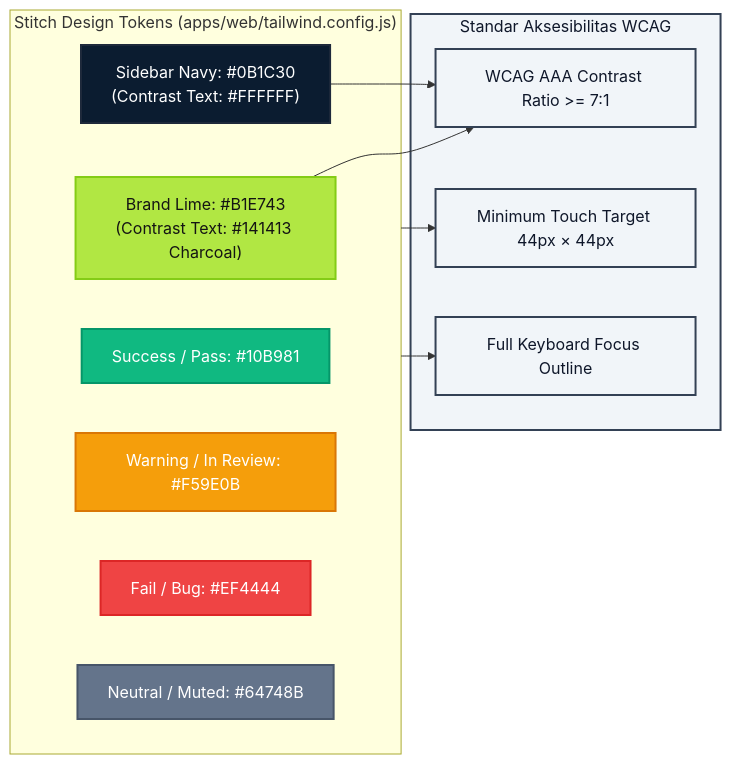
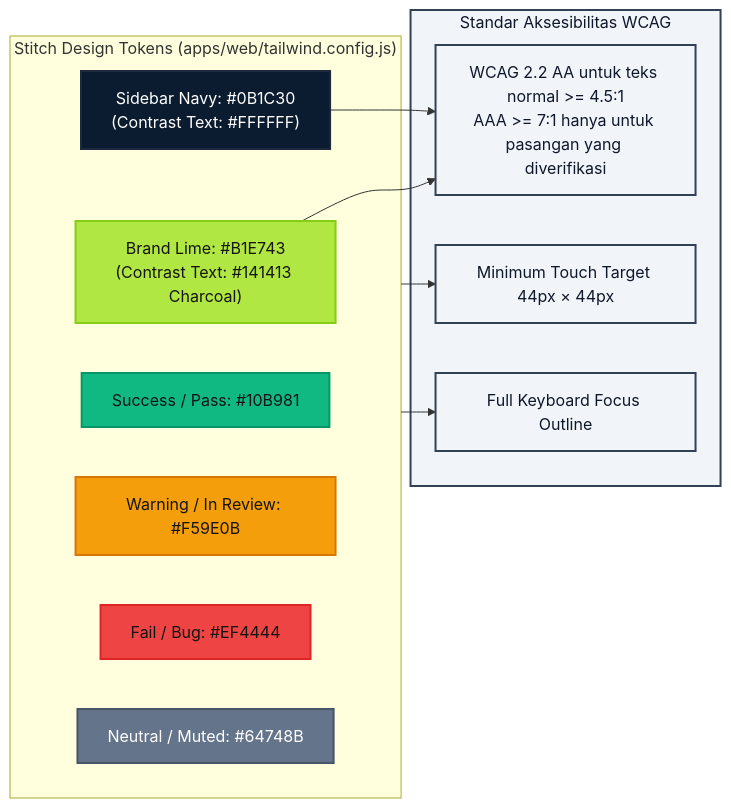
Before and after one commit to oneilreyand/qlickhub: the third of 4 diagrams in docs/3_UI_ATOMIC_DESIGN_SYSTEM.md, drawn with Mermaid. The commit also changed other lines of this file and 18 other files, not shown here.

````diff
--- a/docs/3_UI_ATOMIC_DESIGN_SYSTEM.md
+++ b/docs/3_UI_ATOMIC_DESIGN_SYSTEM.md
@@ -114,38 +114,38 @@
 ```mermaid
 graph LR
     subgraph Tokens["Stitch Design Tokens (apps/web/tailwind.config.js)"]
         Lime["Brand Lime: #B1E743\n(Contrast Text: #141413 Charcoal)"]
         Navy["Sidebar Navy: #0B1C30\n(Contrast Text: #FFFFFF)"]
         Emerald["Success / Pass: #10B981"]
         Amber["Warning / In Review: #F59E0B"]
         Red["Fail / Bug: #EF4444"]
         Slate["Neutral / Muted: #64748B"]
     end
 
     subgraph Accessibility["Standar Aksesibilitas WCAG"]
-        WCAG["WCAG AAA Contrast Ratio >= 7:1"]
+        WCAG["WCAG 2.2 AA untuk teks normal >= 4.5:1\nAAA >= 7:1 hanya untuk pasangan yang diverifikasi"]
         Touch["Minimum Touch Target 44px × 44px"]
         Keyboard["Full Keyboard Focus Outline"]
     end
 
     Lime --> WCAG
     Navy --> WCAG
     Tokens --> Touch
     Tokens --> Keyboard
 
     classDef limeToken fill:#B1E743,stroke:#84CC16,stroke-width:2px,color:#141413;
     classDef navyToken fill:#0B1C30,stroke:#1E293B,stroke-width:2px,color:#FFFFFF;
-    classDef emToken fill:#10B981,stroke:#059669,stroke-width:2px,color:#FFFFFF;
-    classDef amToken fill:#F59E0B,stroke:#D97706,stroke-width:2px,color:#FFFFFF;
-    classDef rdToken fill:#EF4444,stroke:#DC2626,stroke-width:2px,color:#FFFFFF;
+    classDef emToken fill:#10B981,stroke:#059669,stroke-width:2px,color:#141413;
+    classDef amToken fill:#F59E0B,stroke:#D97706,stroke-width:2px,color:#141413;
+    classDef rdToken fill:#EF4444,stroke:#DC2626,stroke-width:2px,color:#141413;
     classDef slToken fill:#64748B,stroke:#475569,stroke-width:2px,color:#FFFFFF;
     classDef a11y fill:#F1F5F9,stroke:#334155,stroke-width:2px,color:#0F172A;
 
     class Lime limeToken;
     class Navy navyToken;
     class Emerald emToken;
     class Amber amToken;
     class Red rdToken;
     class Slate slToken;
     class Accessibility,WCAG,Touch,Keyboard a11y;
 ```
````
